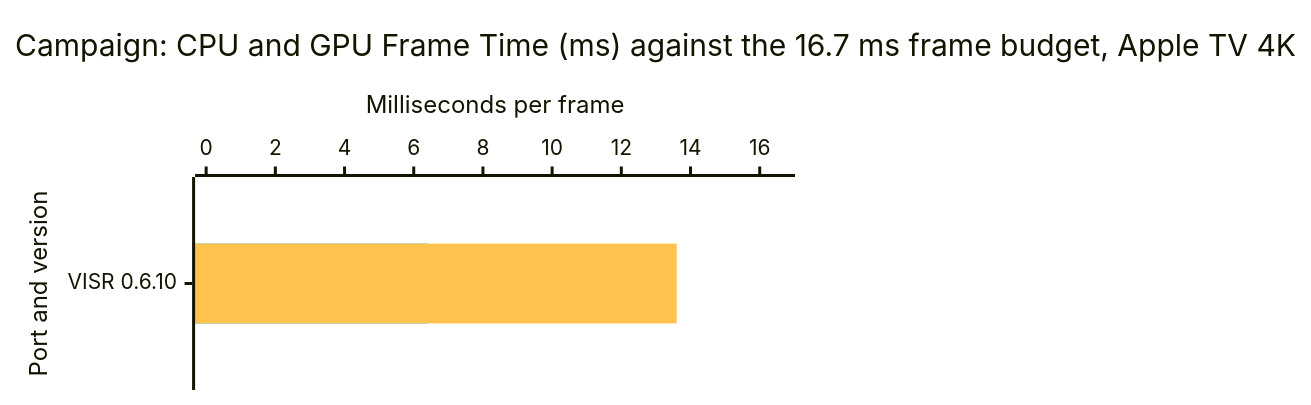
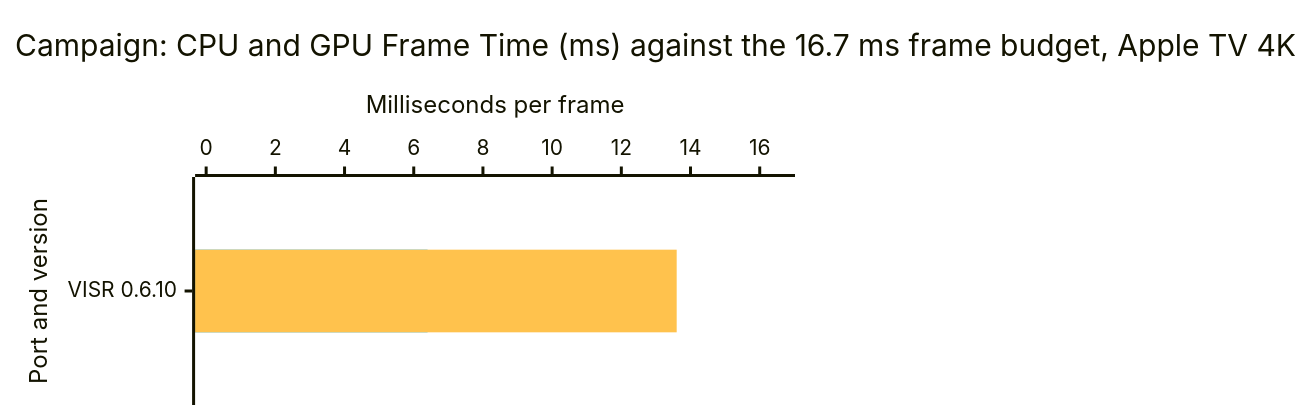
The fifth of 8 diagrams in docs/benchmarks.md (VISR-CE/visr), drawn with Mermaid before and after one commit. The commit also changed other lines of this file and 19 other files, not shown here.

````diff
--- a/docs/benchmarks.md
+++ b/docs/benchmarks.md
@@ -138,17 +138,17 @@
 ```mermaid
 ---
 config:
   xyChart:
     width: 520
-    height: 250
+    height: 260
   themeVariables:
     xyChart:
       plotColorPalette: "#1fa9d4, #ffc24d"
 ---
 xychart-beta horizontal
     title "Campaign: CPU and GPU Frame Time (ms) against the 16.7 ms frame budget, Apple TV 4K"
     x-axis "Port and version" ["VISR 0.6.10"]
     y-axis "Milliseconds per frame" 0 --> 16.7
     bar [6.4]
     bar [13.6]
 ```
````
